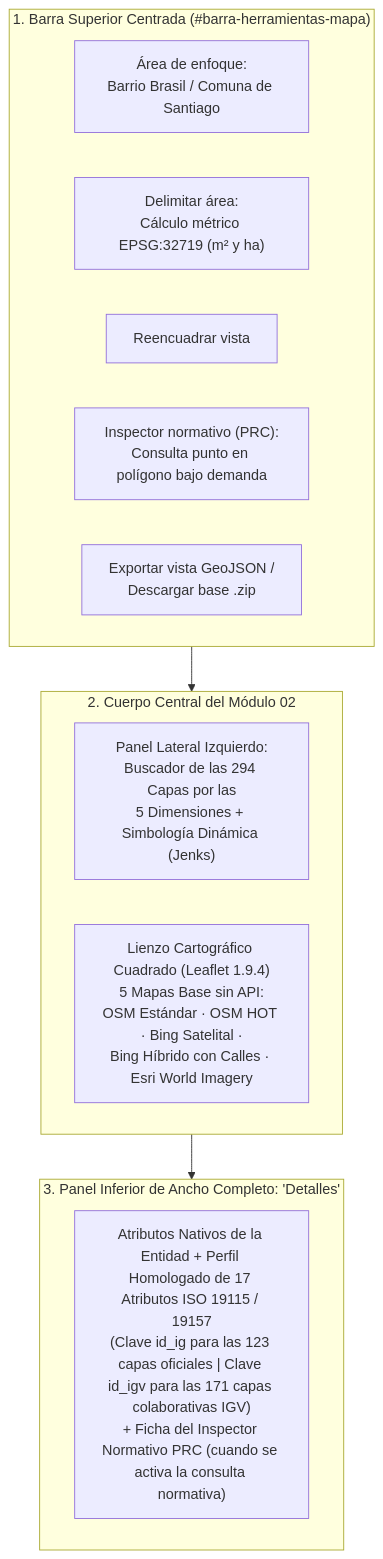
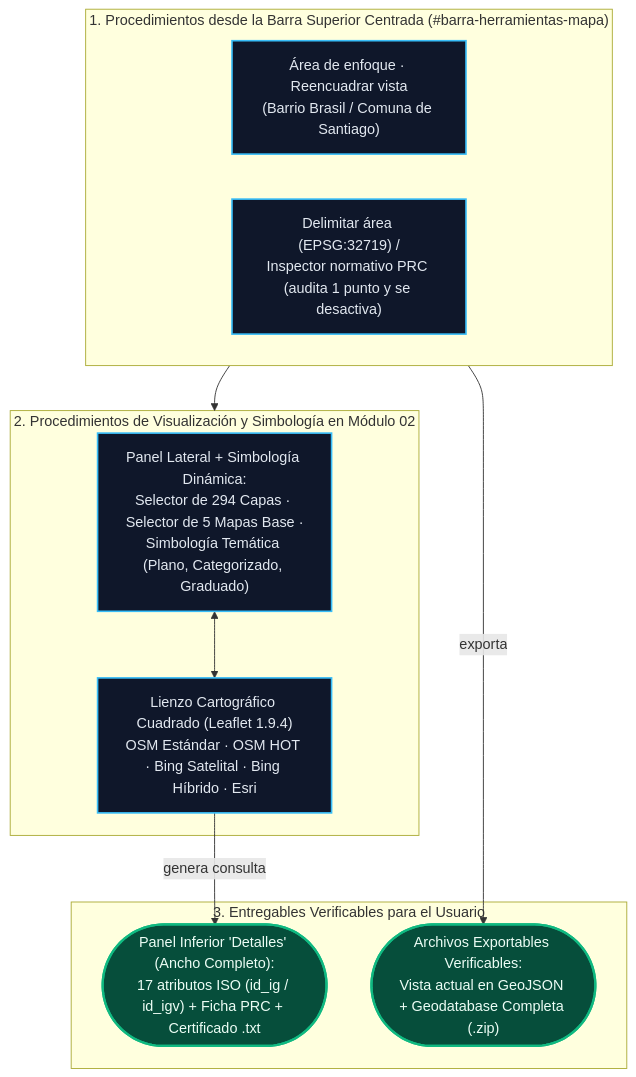
Before and after one commit to GEOJOTA/atlas-vgi-barrio-brasil: the fourth of 5 diagrams in src/docs/MANUAL_USO.md, drawn with Mermaid. The commit also changed other lines of this file and 44 other files, not shown here.

Commit message:
feat(atlas): lectura dinamica A/A+/A++, pausa puntual en Inspector PRC, mapa base en simbologia, capas VGI exhaustivas y flujo procedimiento-entregable (v74)

````diff
--- a/src/docs/MANUAL_USO.md
+++ b/src/docs/MANUAL_USO.md
@@ -112,21 +126,25 @@
 ```mermaid
 flowchart TD
-    subgraph BARRA["1. Barra Superior Centrada (#barra-herramientas-mapa)"]
-        B1["Área de enfoque:\nBarrio Brasil / Comuna de Santiago"]
-        B2["Delimitar área:\nCálculo métrico EPSG:32719 (m² y ha)"]
-        B3["Reencuadrar vista"]
-        B4["Inspector normativo (PRC):\nConsulta punto en polígono bajo demanda"]
-        B5["Exportar vista GeoJSON /\nDescargar base .zip"]
+    classDef proc fill:#0f172a,stroke:#38bdf8,stroke-width:1.8px,color:#e2e8f0
+    classDef ent fill:#064e3b,stroke:#10b981,stroke-width:2.5px,color:#ecfdf5
+
+    subgraph BARRA["1. Procedimientos desde la Barra Superior Centrada (#barra-herramientas-mapa)"]
+        B1["Área de enfoque · Reencuadrar vista\n(Barrio Brasil / Comuna de Santiago)"]:::proc
+        B2["Delimitar área (EPSG:32719) /\nInspector normativo PRC (audita 1 punto y se desactiva)"]:::proc
     end
 
-    subgraph CENTRO["2. Cuerpo Central del Módulo 02"]
-        LAT["Panel Lateral Izquierdo:\nBuscador de las 294 Capas por las\n5 Dimensiones + Simbología Dinámica (Jenks)"]
-        VISOR["Lienzo Cartográfico Cuadrado (Leaflet 1.9.4)\n5 Mapas Base sin API:\nOSM Estándar · OSM HOT · Bing Satelital ·\nBing Híbrido con Calles · Esri World Imagery"]
+    subgraph CENTRO["2. Procedimientos de Visualización y Simbología en Módulo 02"]
+        LAT["Panel Lateral + Simbología Dinámica:\nSelector de 294 Capas · Selector de 5 Mapas Base ·\nSimbología Temática (Plano, Categorizado, Graduado)"]:::proc
+        VISOR["Lienzo Cartográfico Cuadrado (Leaflet 1.9.4)\nOSM Estándar · OSM HOT · Bing Satelital · Bing Híbrido · Esri"]:::proc
     end
 
-    subgraph INF["3. Panel Inferior de Ancho Completo: 'Detalles'"]
-        DET["Atributos Nativos de la Entidad + Perfil Homologado de 17 Atributos ISO 19115 / 19157\n(Clave id_ig para las 123 capas oficiales | Clave id_igv para las 171 capas colaborativas IGV)\n+ Ficha del Inspector Normativo PRC (cuando se activa la consulta normativa)"]
+    subgraph ENT["3. Entregables Verificables para el Usuario"]
+        DET(["Panel Inferior 'Detalles' (Ancho Completo):\n17 atributos ISO (id_ig / id_igv) + Ficha PRC + Certificado .txt"]):::ent
+        EXP(["Archivos Exportables Verificables:\nVista actual en GeoJSON + Geodatabase Completa (.zip)"]):::ent
     end
 
-    BARRA --> CENTRO --> INF
+    BARRA --> CENTRO
+    LAT <--> VISOR
+    VISOR -->|"genera consulta"| DET
+    BARRA -->|"exporta"| EXP
 ```
````
